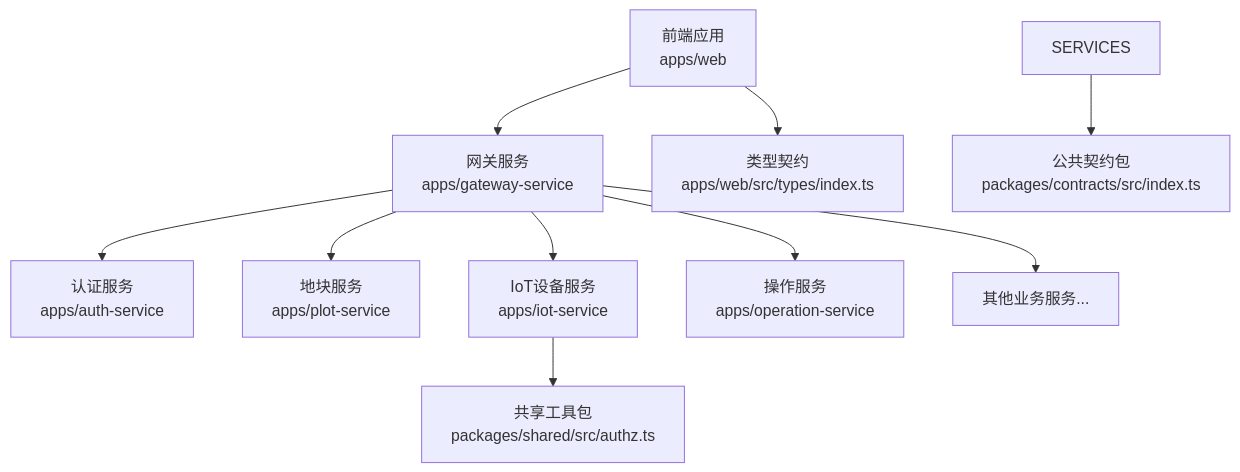
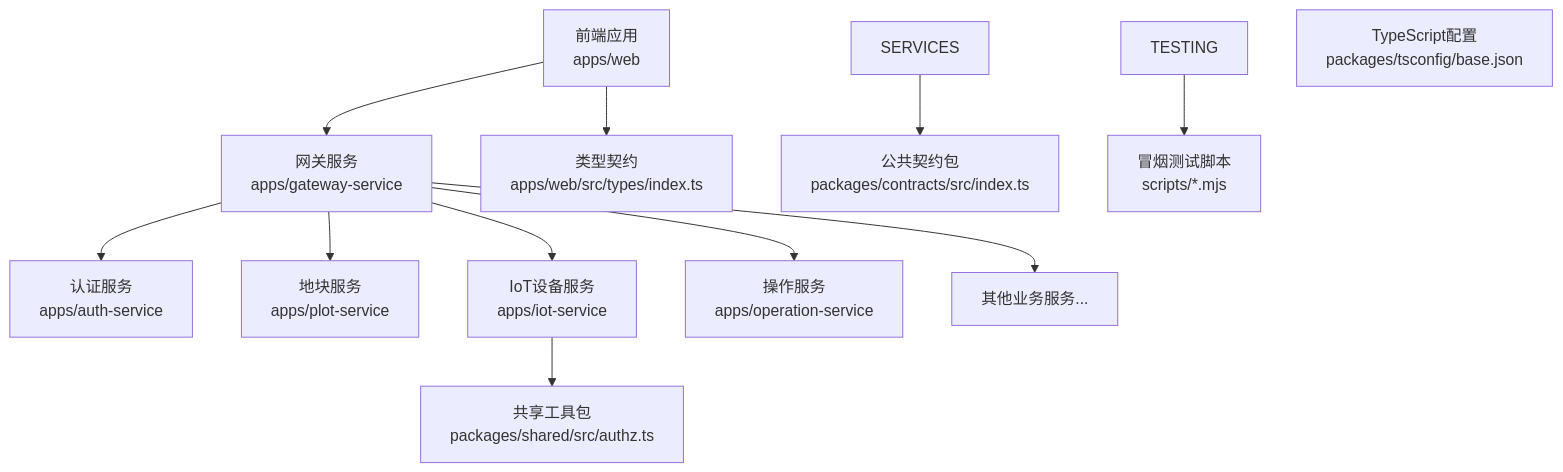
Before and after one commit to q446328246/agri-platform: the first of 19 diagrams in .qoder/repowiki/zh/content/前端应用文档/API集成.md, drawn with Mermaid. The commit also changed other lines of this file and 35 other files, not shown here.

````diff
--- a/.qoder/repowiki/zh/content/前端应用文档/API集成.md
+++ b/.qoder/repowiki/zh/content/前端应用文档/API集成.md
@@ -73,12 +79,14 @@
 ```mermaid
 graph TB
 FE["前端应用<br/>apps/web"] --> GW["网关服务<br/>apps/gateway-service"]
 GW --> AUTH["认证服务<br/>apps/auth-service"]
 GW --> PLOT["地块服务<br/>apps/plot-service"]
 GW --> IOT["IoT设备服务<br/>apps/iot-service"]
 GW --> OPERATION["操作服务<br/>apps/operation-service"]
 GW --> OTHER["其他业务服务..."]
 FE --> TYPES["类型契约<br/>apps/web/src/types/index.ts"]
 SERVICES --> CONTRACTS["公共契约包<br/>packages/contracts/src/index.ts"]
 IOT --> SHARED["共享工具包<br/>packages/shared/src/authz.ts"]
+TESTING --> SMOKE["冒烟测试脚本<br/>scripts/*.mjs"]
+TS_CONFIG["TypeScript配置<br/>packages/tsconfig/base.json"]
 ```
````
